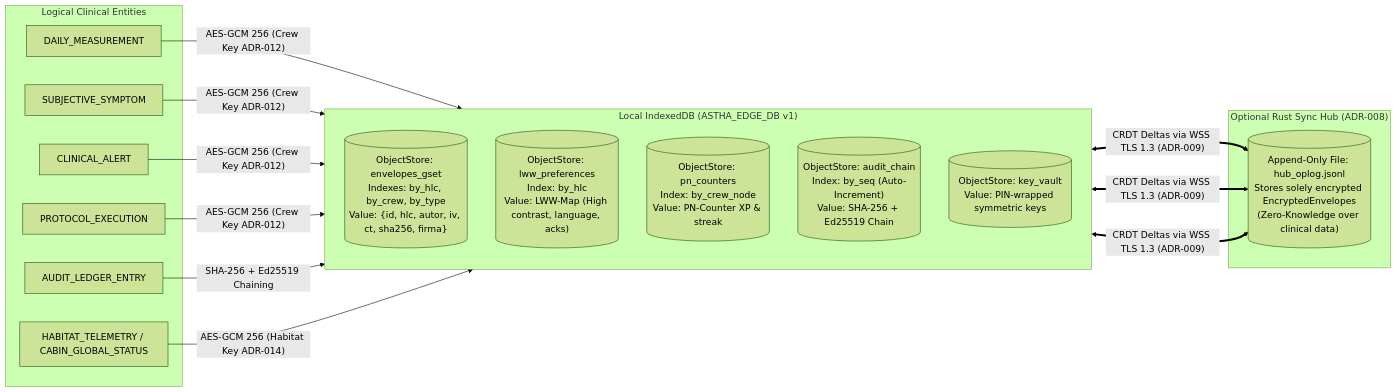
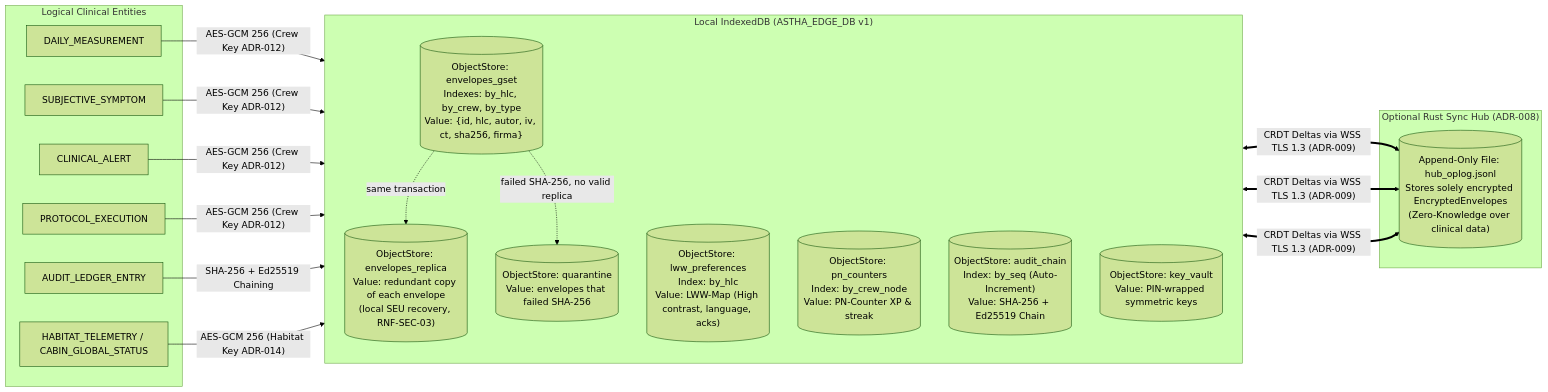
The second of 2 diagrams in docs/Modelo-datos-y-APIs/01-Diagrama-Entidad-Relacion.md (angelcontres/ASTHA-SpaceApps), drawn with Mermaid (forest theme) before and after one commit. The commit also changed other lines of this file and 8 other files, not shown here.

First line of the commit message:
feat(storage): encrypted IndexedDB envelopes with SHA-256 SEU detection and local replica recovery

````diff
--- a/docs/Modelo-datos-y-APIs/01-Diagrama-Entidad-Relacion.md
+++ b/docs/Modelo-datos-y-APIs/01-Diagrama-Entidad-Relacion.md
@@ -168,29 +168,33 @@
 ```mermaid
 flowchart LR
     subgraph Logical ["Logical Clinical Entities"]
         L1["DAILY_MEASUREMENT"]
         L2["SUBJECTIVE_SYMPTOM"]
         L3["CLINICAL_ALERT"]
         L4["PROTOCOL_EXECUTION"]
         L5["AUDIT_LEDGER_ENTRY"]
         L6["HABITAT_TELEMETRY / CABIN_GLOBAL_STATUS"]
     end
 
     subgraph IDB ["Local IndexedDB (ASTHA_EDGE_DB v1)"]
         direction TB
         S1[("ObjectStore: envelopes_gset<br>Indexes: by_hlc, by_crew, by_type<br>Value: {id, hlc, autor, iv, ct, sha256, firma}")]
         S2[("ObjectStore: lww_preferences<br>Index: by_hlc<br>Value: LWW-Map (High contrast, language, acks)")]
         S3[("ObjectStore: pn_counters<br>Index: by_crew_node<br>Value: PN-Counter XP & streak")]
         S4[("ObjectStore: audit_chain<br>Index: by_seq (Auto-Increment)<br>Value: SHA-256 + Ed25519 Chain")]
         S5[("ObjectStore: key_vault<br>Value: PIN-wrapped symmetric keys")]
+        S6[("ObjectStore: envelopes_replica<br>Value: redundant copy of each envelope<br>(local SEU recovery, RNF-SEC-03)")]
+        S7[("ObjectStore: quarantine<br>Value: envelopes that failed SHA-256")]
     end
 
     subgraph Hub ["Optional Rust Sync Hub (ADR-008)"]
         H1[("Append-Only File: hub_oplog.jsonl<br>Stores solely encrypted EncryptedEnvelopes<br>(Zero-Knowledge over clinical data)")]
     end
 
     L1 & L2 & L3 & L4 -->|"AES-GCM 256 (Crew Key ADR-012)"| S1
+    S1 -.->|"same transaction"| S6
+    S1 -.->|"failed SHA-256, no valid replica"| S7
     L5 -->|"SHA-256 + Ed25519 Chaining"| S4
     L6 -->|"AES-GCM 256 (Habitat Key ADR-014)"| S1
     S1 & S2 & S3 <==>|"CRDT Deltas via WSS TLS 1.3 (ADR-009)"| H1
 ```
````
